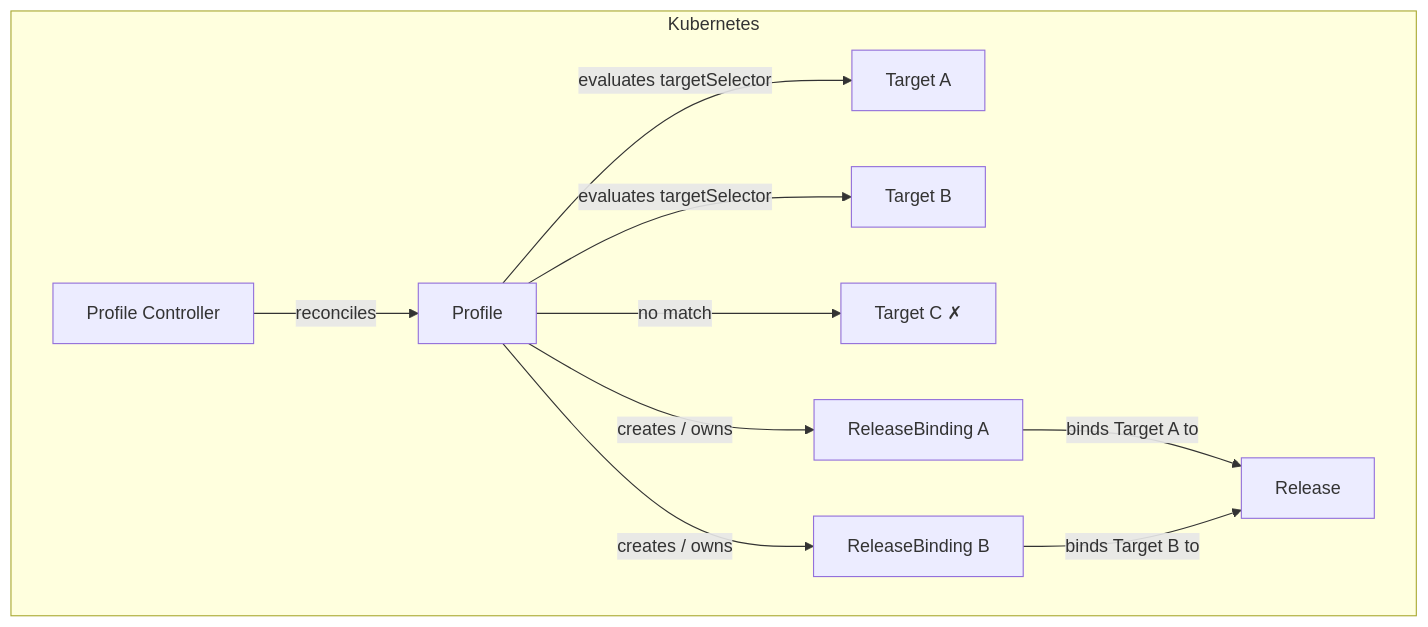
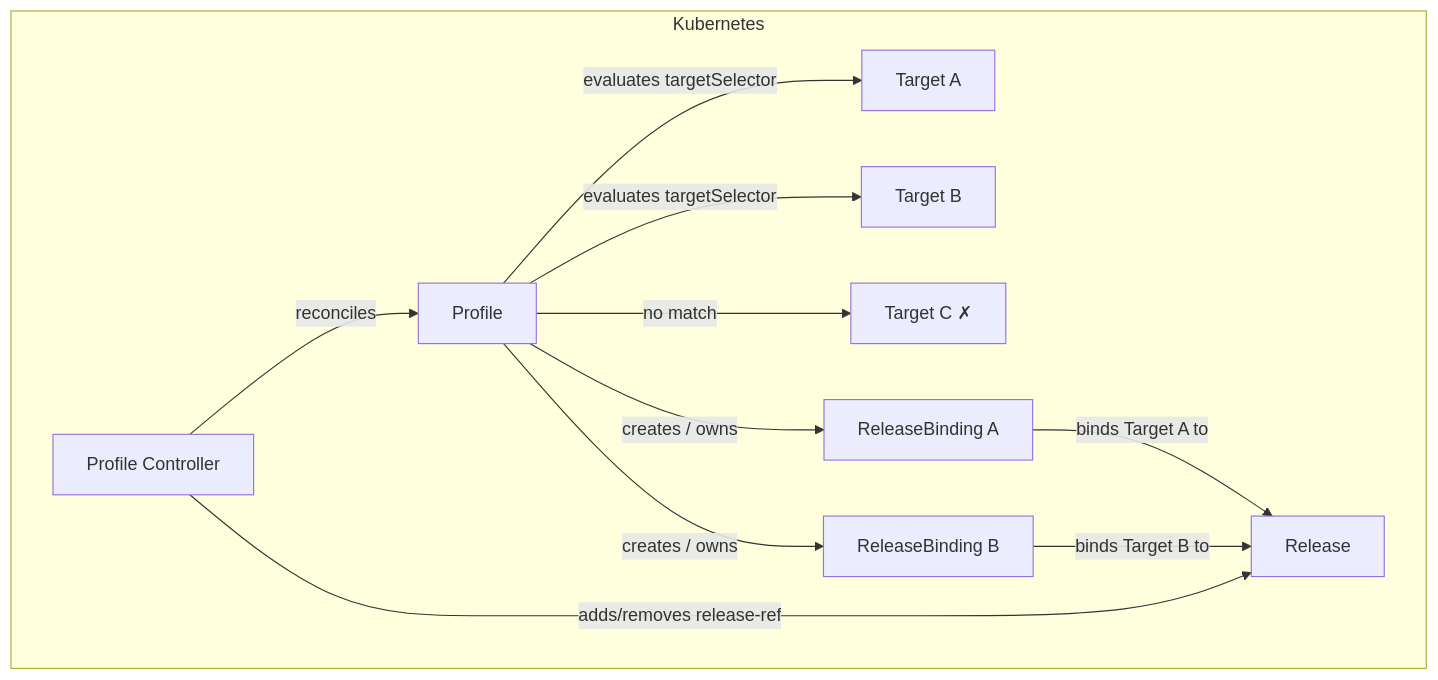
Before and after one commit to opendefensecloud/solution-arsenal: the first of 3 diagrams in docs/developer-guide/profile_controller.md, drawn with Mermaid. The commit also changed other lines of this file and 26 other files, not shown here.

````diff
--- a/docs/developer-guide/profile_controller.md
+++ b/docs/developer-guide/profile_controller.md
@@ -13,24 +13,25 @@
 ```mermaid
 flowchart TD
     subgraph Kubernetes
         Ctrl[Profile Controller]
         Prof[Profile]
         T1[Target A]
         T2[Target B]
         T3[Target C ✗]
         RB1[ReleaseBinding A]
         RB2[ReleaseBinding B]
         Rel[Release]
     end
 
     Ctrl -->|reconciles| Prof
     Prof -->|evaluates targetSelector| T1
     Prof -->|evaluates targetSelector| T2
     Prof -->|no match| T3
 
     Prof -->|creates / owns| RB1
     Prof -->|creates / owns| RB2
 
     RB1 -->|binds Target A to| Rel
     RB2 -->|binds Target B to| Rel
+    Ctrl -->|adds/removes release-ref| Rel
 ```
````
